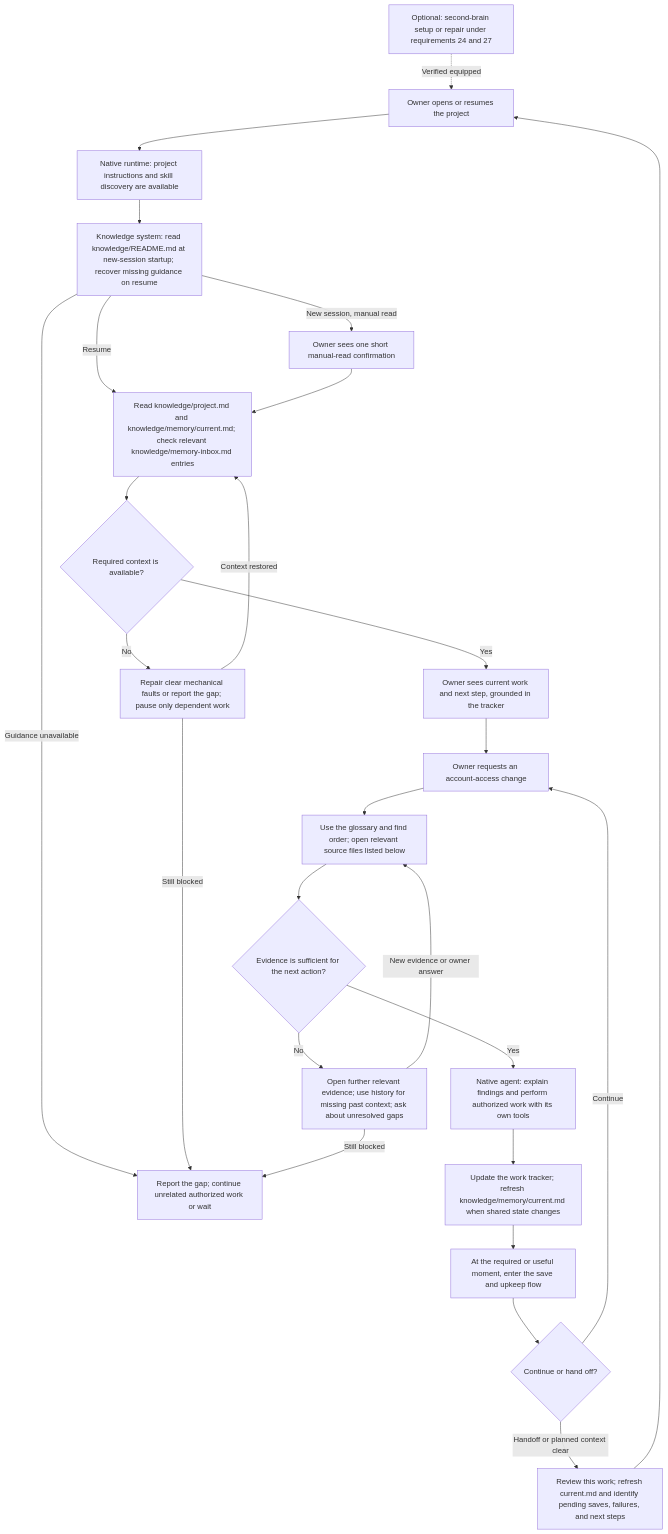
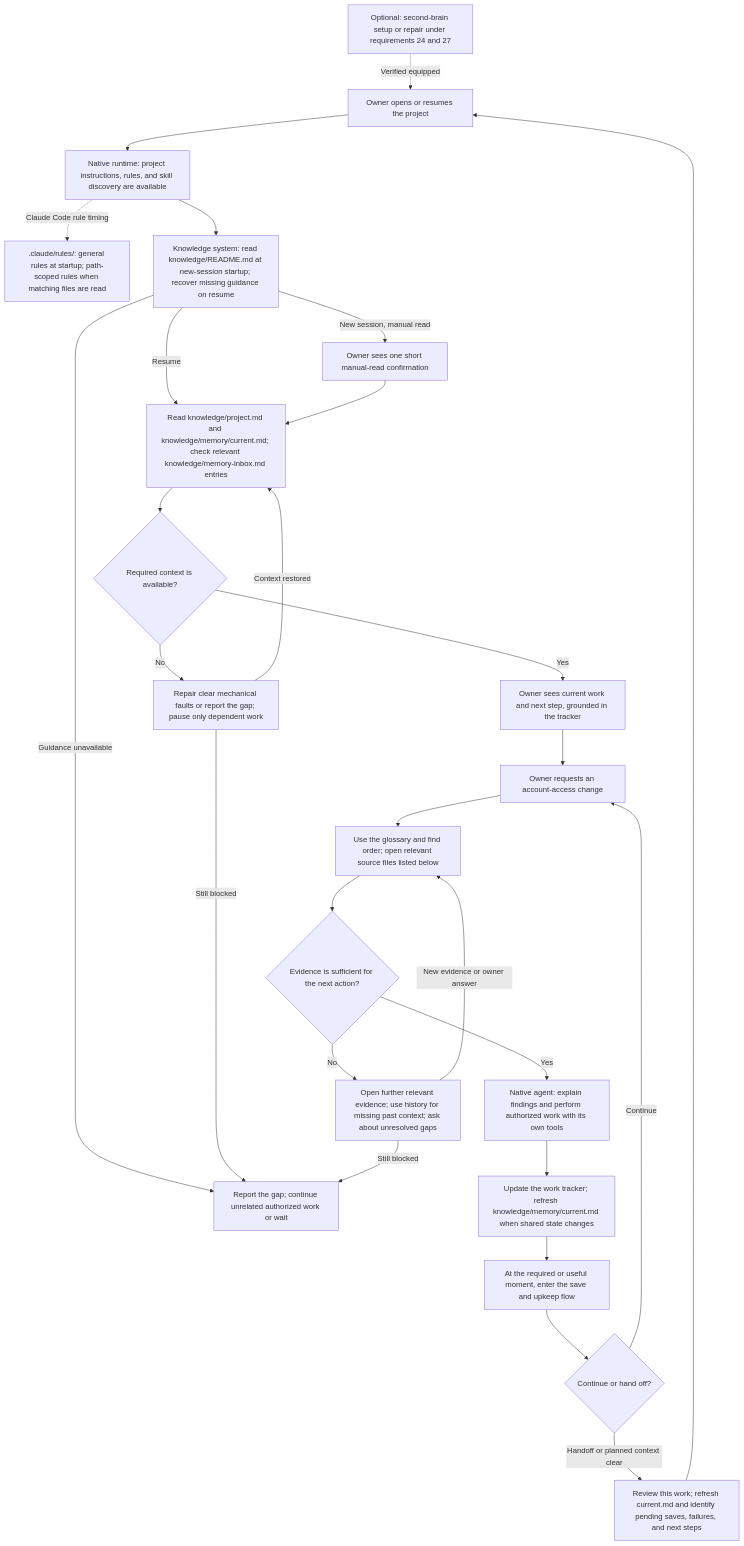
Before and after one commit to Mar5929/claude-toolkit: the first of 2 diagrams in knowledge/prds/knowledge-system.md, drawn with Mermaid. The commit also changed other lines of this file, not shown here.

Commit message:
docs: include native rules in the startup walkthrough

````diff
--- a/knowledge/prds/knowledge-system.md
+++ b/knowledge/prds/knowledge-system.md
@@ -190,28 +190,29 @@
 ```mermaid
 flowchart TD
     S[Optional: second-brain setup or repair under requirements 24 and 27] -. Verified equipped .-> A
-    A[Owner opens or resumes the project] --> B[Native runtime: project instructions and skill discovery are available]
+    A[Owner opens or resumes the project] --> B[Native runtime: project instructions, rules, and skill discovery are available]
+    B -. Claude Code rule timing .-> BR[.claude/rules/: general rules at startup; path-scoped rules when matching files are read]
     B --> C[Knowledge system: read knowledge/README.md at new-session startup; recover missing guidance on resume]
     C -- New session, manual read --> D[Owner sees one short manual-read confirmation]
     C -- Guidance unavailable --> Y
     C -- Resume --> E[Read knowledge/project.md and knowledge/memory/current.md; check relevant knowledge/memory-inbox.md entries]
     D --> E
     E --> F{Required context is available?}
     F -- No --> X[Repair clear mechanical faults or report the gap; pause only dependent work]
     X -- Context restored --> E
     X -- Still blocked --> Y[Report the gap; continue unrelated authorized work or wait]
     F -- Yes --> G[Owner sees current work and next step, grounded in the tracker]
     G --> H[Owner requests an account-access change]
     H --> I[Use the glossary and find order; open relevant source files listed below]
     I --> J{Evidence is sufficient for the next action?}
     J -- No --> K[Open further relevant evidence; use history for missing past context; ask about unresolved gaps]
     K -- New evidence or owner answer --> I
     K -- Still blocked --> Y
     J -- Yes --> L[Native agent: explain findings and perform authorized work with its own tools]
     L --> M[Update the work tracker; refresh knowledge/memory/current.md when shared state changes]
     M --> N[At the required or useful moment, enter the save and upkeep flow]
     N --> O{Continue or hand off?}
     O -- Continue --> H
     O -- Handoff or planned context clear --> P[Review this work; refresh current.md and identify pending saves, failures, and next steps]
     P --> A
 ```
````
